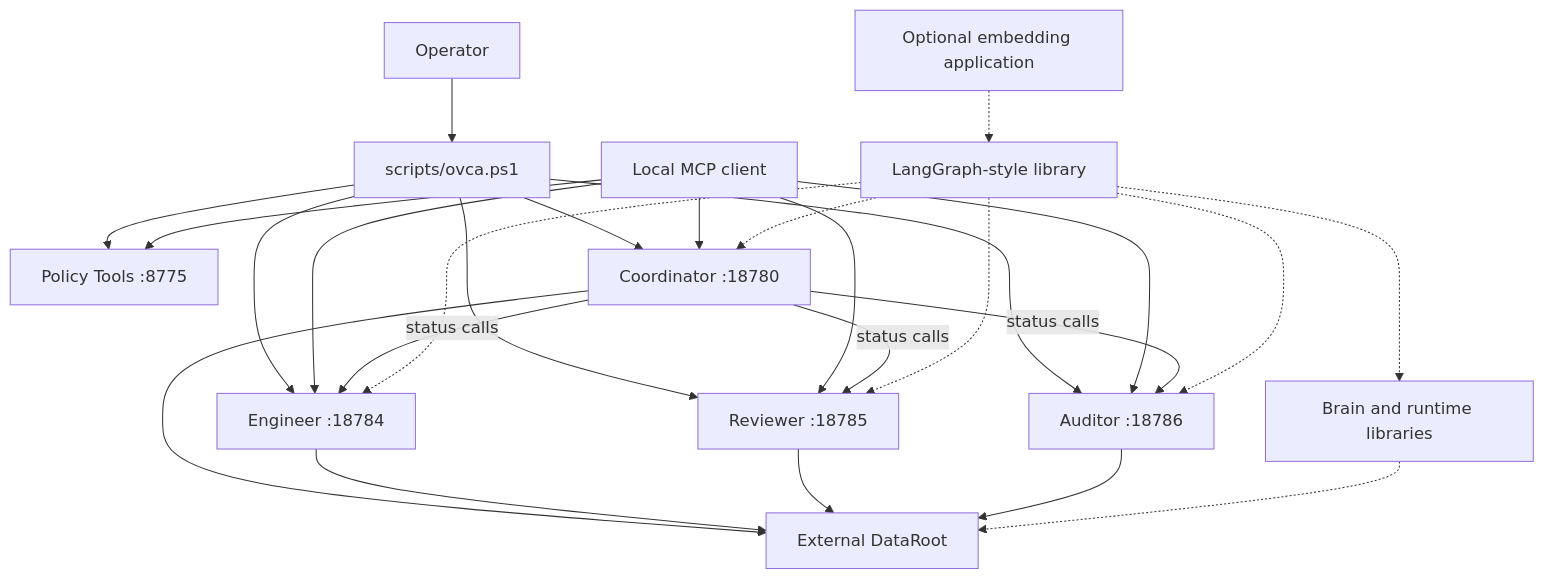
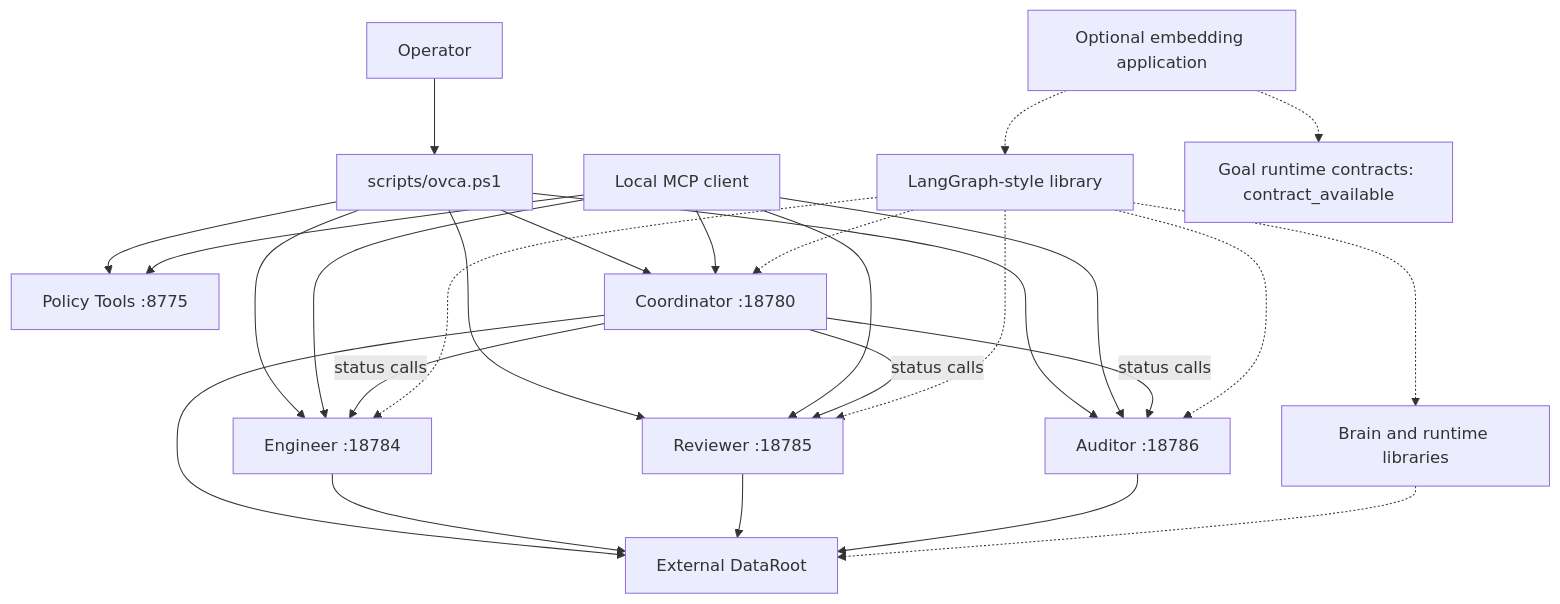
The first of 13 diagrams in docs/system-workflows.md (nattawatpuntachot52/ovca-core), drawn with Mermaid before and after one commit. The commit also changed other lines of this file and 5 other files, not shown here.

Commit message:
feat(ovca): define goal runtime contracts

````diff
--- a/docs/system-workflows.md
+++ b/docs/system-workflows.md
@@ -45,32 +47,33 @@
 ```mermaid
 flowchart TD
     Operator["Operator"] --> Startup["scripts/ovca.ps1"]
     Startup --> Policy["Policy Tools :8775"]
     Startup --> Coordinator["Coordinator :18780"]
     Startup --> Engineer["Engineer :18784"]
     Startup --> Reviewer["Reviewer :18785"]
     Startup --> Auditor["Auditor :18786"]
 
     Client["Local MCP client"] --> Coordinator
     Client --> Policy
     Client --> Engineer
     Client --> Reviewer
     Client --> Auditor
 
     Coordinator -->|"status calls"| Engineer
     Coordinator -->|"status calls"| Reviewer
     Coordinator -->|"status calls"| Auditor
 
     Coordinator --> ExternalData["External DataRoot"]
     Engineer --> ExternalData
     Reviewer --> ExternalData
     Auditor --> ExternalData
 
     EmbeddingApp["Optional embedding application"] -.-> Graph["LangGraph-style library"]
+    EmbeddingApp -.-> GoalContracts["Goal runtime contracts: contract_available"]
     Graph -.-> Coordinator
     Graph -.-> Engineer
     Graph -.-> Reviewer
     Graph -.-> Auditor
     Graph -.-> Brain["Brain and runtime libraries"]
     Brain -.-> ExternalData
 ```
````
